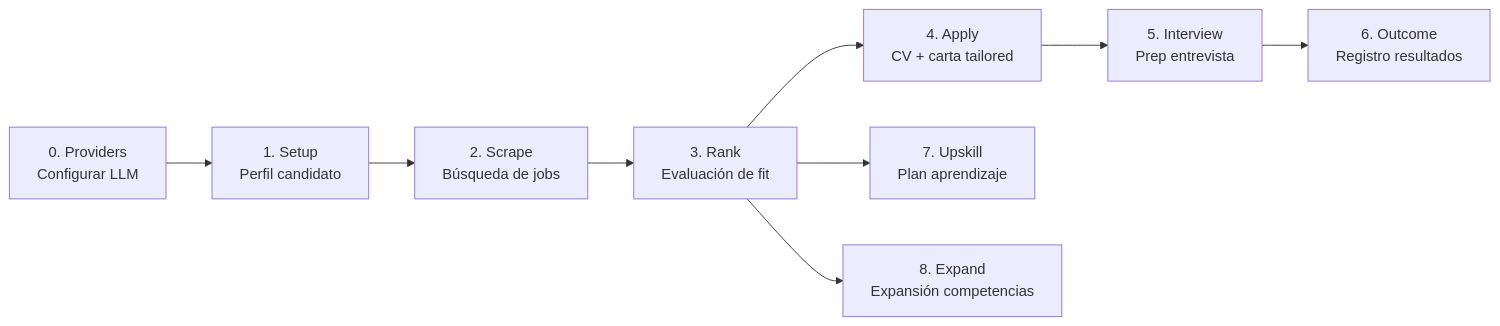
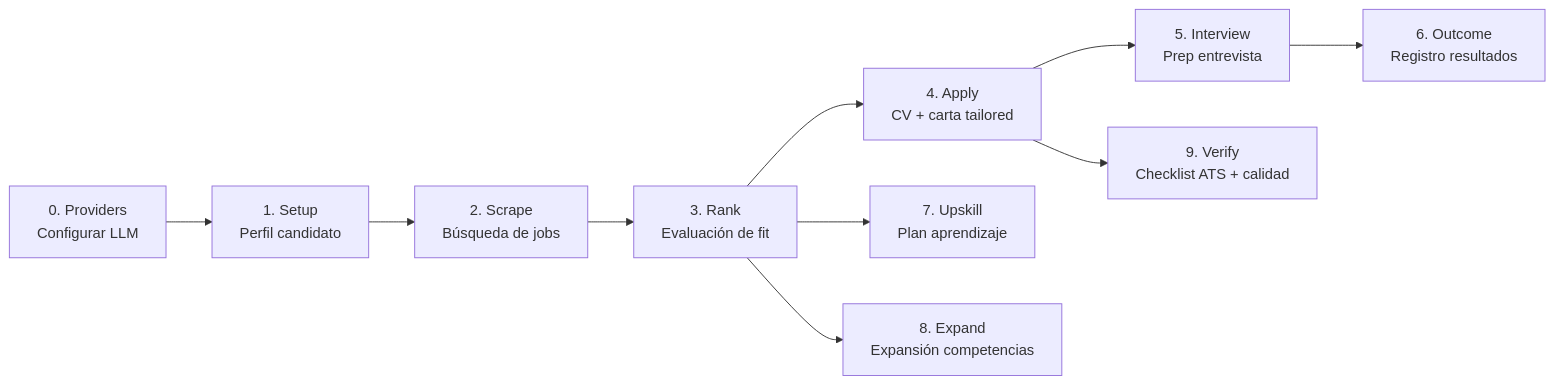
One commit to AntonyML/open-ai-jobs-search-fastapi-backend changed the diagram in README.md. Above: the diagram before and after it, drawn with Mermaid. The commit also changed other lines of this file and 2 other files, not shown here.

````diff
--- a/README.md
+++ b/README.md
@@ -194,11 +83,12 @@
 ```mermaid
 flowchart LR
     A[0. Providers<br/>Configurar LLM] --> B[1. Setup<br/>Perfil candidato]
     B --> C[2. Scrape<br/>Búsqueda de jobs]
     C --> D[3. Rank<br/>Evaluación de fit]
     D --> E[4. Apply<br/>CV + carta tailored]
+    D --> H[7. Upskill<br/>Plan aprendizaje]
+    D --> I[8. Expand<br/>Expansión competencias]
     E --> F[5. Interview<br/>Prep entrevista]
     F --> G[6. Outcome<br/>Registro resultados]
-    D --> H[7. Upskill<br/>Plan aprendizaje]
-    D --> I[8. Expand<br/>Expansión competencias]
+    E --> J[9. Verify<br/>Checklist ATS + calidad]
 ```
````
